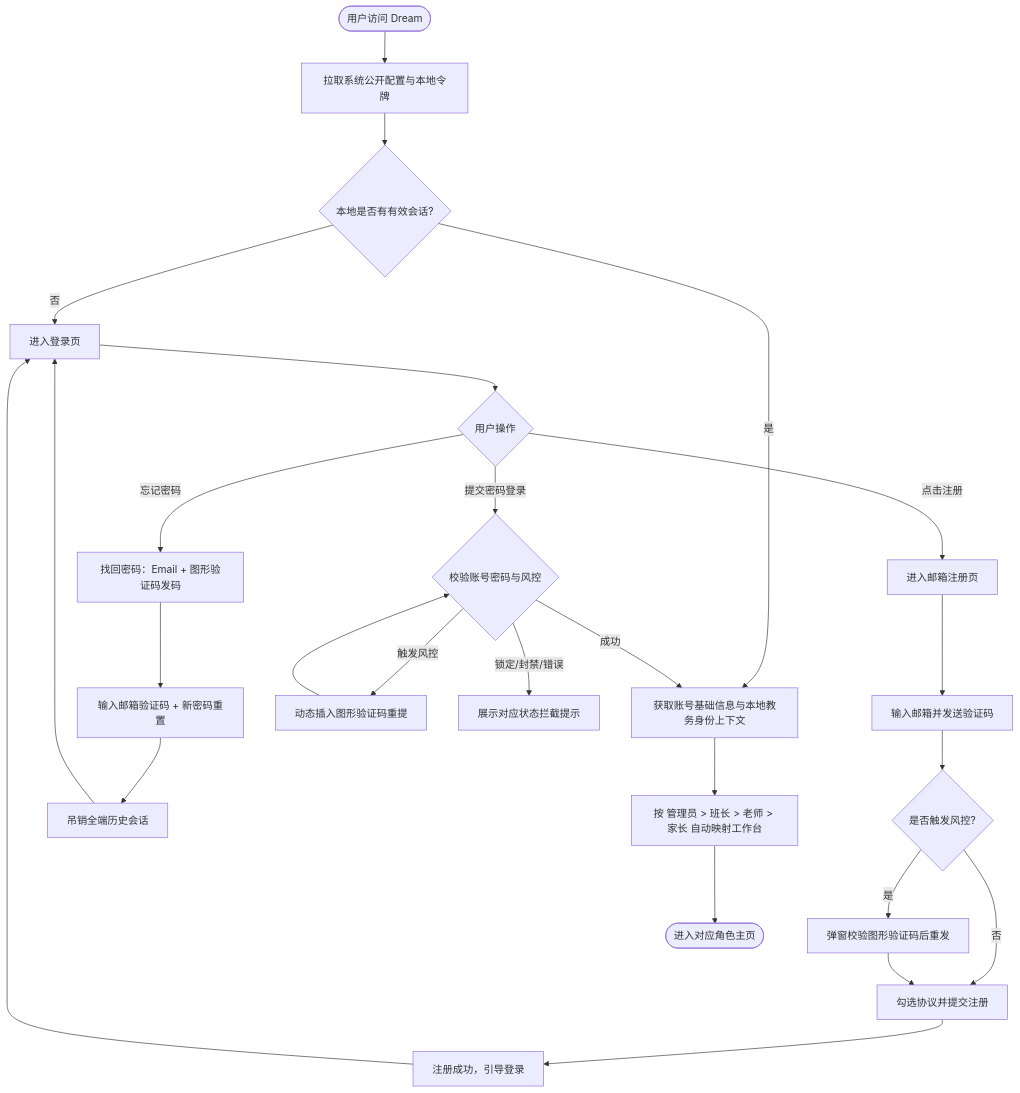
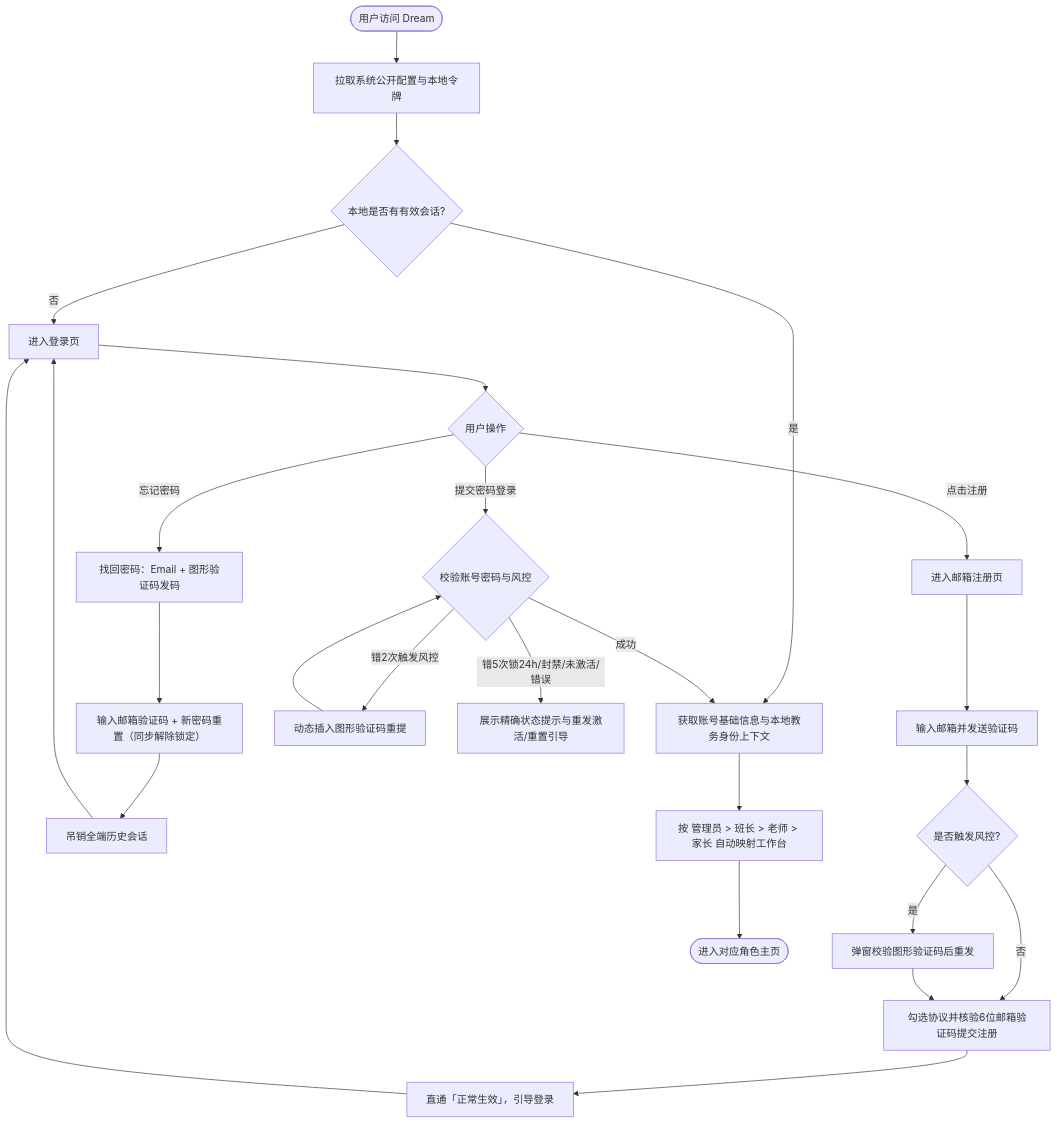
Before and after one commit to Onezao/dream: the fourth of 4 diagrams in docs/prd/m0a_auth_and_account.md, drawn with Mermaid. The commit also changed other lines of this file and 34 other files, not shown here.

````diff
--- a/docs/prd/m0a_auth_and_account.md
+++ b/docs/prd/m0a_auth_and_account.md
@@ -276,29 +393,29 @@
 ```mermaid
 flowchart TD
     Start([用户访问 Dream]) --> CheckConfig[拉取系统公开配置与本地令牌]
     CheckConfig --> HasToken{本地是否有有效会话?}
     HasToken -- 是 --> FetchContext[获取账号基础信息与本地教务身份上下文]
     HasToken -- 否 --> LoginPage[进入登录页]
 
     LoginPage --> Action{用户操作}
     Action -- 点击注册 --> SignupPage[进入邮箱注册页]
     SignupPage --> SendCode[输入邮箱并发送验证码]
     SendCode --> Captcha1{是否触发风控?}
     Captcha1 -- 是 --> ShowCap1[弹窗校验图形验证码后重发]
-    Captcha1 -- 否 --> CheckPolicy[勾选协议并提交注册]
+    Captcha1 -- 否 --> CheckPolicy[勾选协议并核验6位邮箱验证码提交注册]
     ShowCap1 --> CheckPolicy
-    CheckPolicy --> SignupOk[注册成功，引导登录] --> LoginPage
+    CheckPolicy --> SignupOk[直通「正常生效」，引导登录] --> LoginPage
 
     Action -- 忘记密码 --> ForgotPage[找回密码：Email + 图形验证码发码]
-    ForgotPage --> ResetPwd[输入邮箱验证码 + 新密码重置]
+    ForgotPage --> ResetPwd[输入邮箱验证码 + 新密码重置（同步解除锁定）]
     ResetPwd --> KickOld[吊销全端历史会话] --> LoginPage
 
     Action -- 提交密码登录 --> VerifyLogin{校验账号密码与风控}
-    VerifyLogin -- 触发风控 --> DynamicCap[动态插入图形验证码重提]
+    VerifyLogin -- 错2次触发风控 --> DynamicCap[动态插入图形验证码重提]
     DynamicCap --> VerifyLogin
-    VerifyLogin -- 锁定/封禁/错误 --> ShowErr[展示对应状态拦截提示]
+    VerifyLogin -- 错5次锁24h/封禁/未激活/错误 --> ShowErr[展示精确状态提示与重发激活/重置引导]
     VerifyLogin -- 成功 --> FetchContext
 
     FetchContext --> MapWorkspace[按 管理员 > 班长 > 老师 > 家长 自动映射工作台]
     MapWorkspace --> End([进入对应角色主页])
 ```
````
